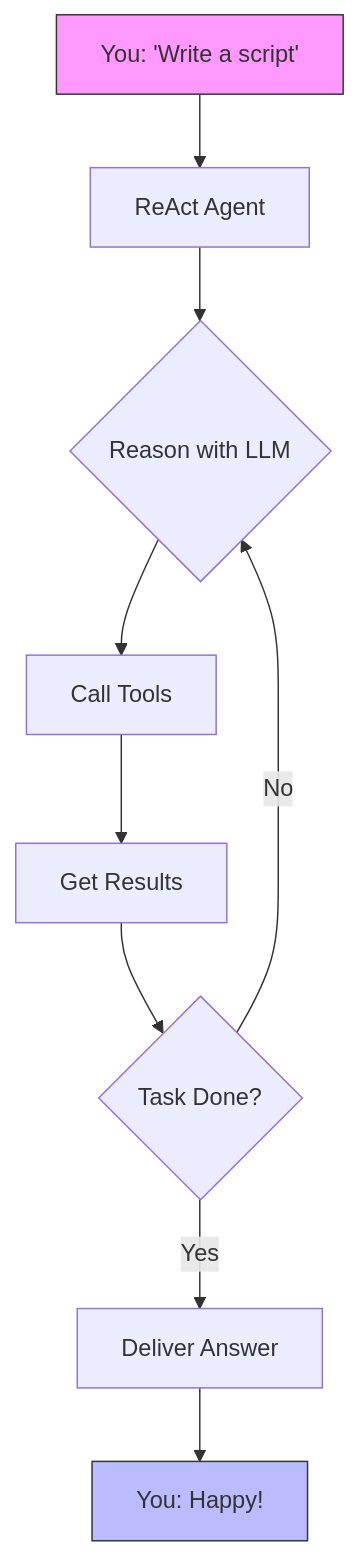
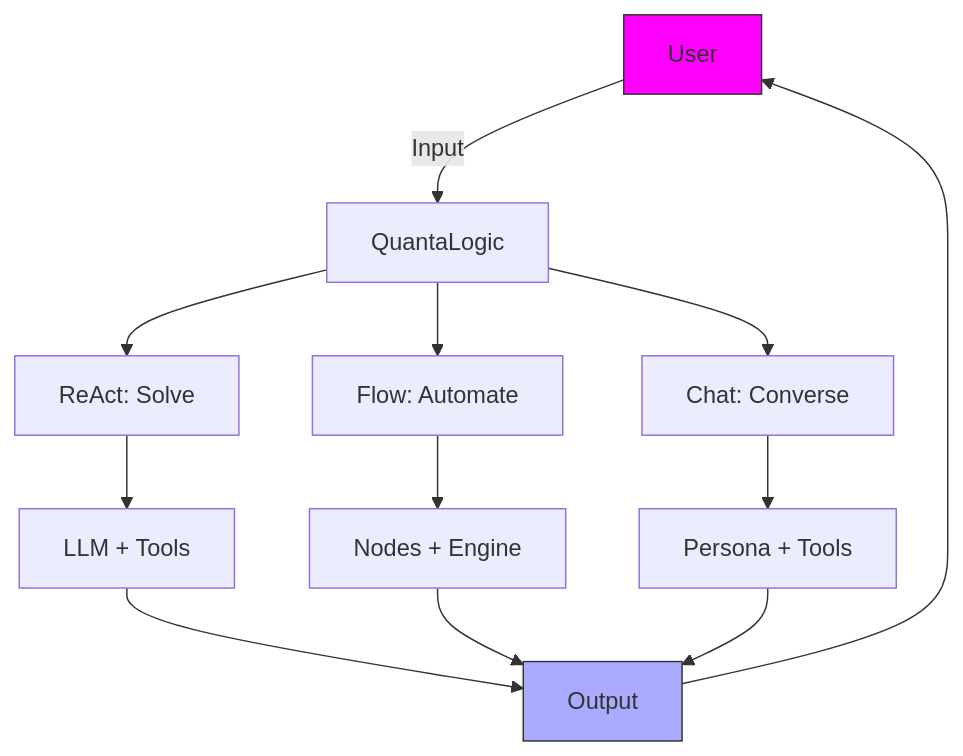
One commit to quantalogic/quantalogic changed the first of 3 diagrams in README.md. Above: the diagram before and after it, drawn with Mermaid. The commit also changed other lines of this file and 2 other files, not shown here.

````diff
--- a/README.md
+++ b/README.md
@@ -305,13 +40,16 @@
 ```mermaid
 graph TD
-    A[You: 'Write a script'] --> B[ReAct Agent]
-    B --> C{Reason with LLM}
-    C --> D[Call Tools]
-    D --> E[Get Results]
-    E --> F{Task Done?}
-    F -->|No| C
-    F -->|Yes| G[Deliver Answer]
-    G --> H[You: Happy!]
-    style A fill:#f9f,stroke:#333
-    style H fill:#bbf,stroke:#333
+    A[User] -->|Input| B[QuantaLogic]
+    B --> C[ReAct: Solve]
+    B --> D[Flow: Automate]
+    B --> E[Chat: Converse]
+    C --> F[LLM + Tools]
+    D --> G[Nodes + Engine]
+    E --> H[Persona + Tools]
+    F --> I[Output]
+    G --> I
+    H --> I
+    I --> A
+    style A fill:#f0f,stroke:#333
+    style I fill:#aaf,stroke:#333
 ```
````
